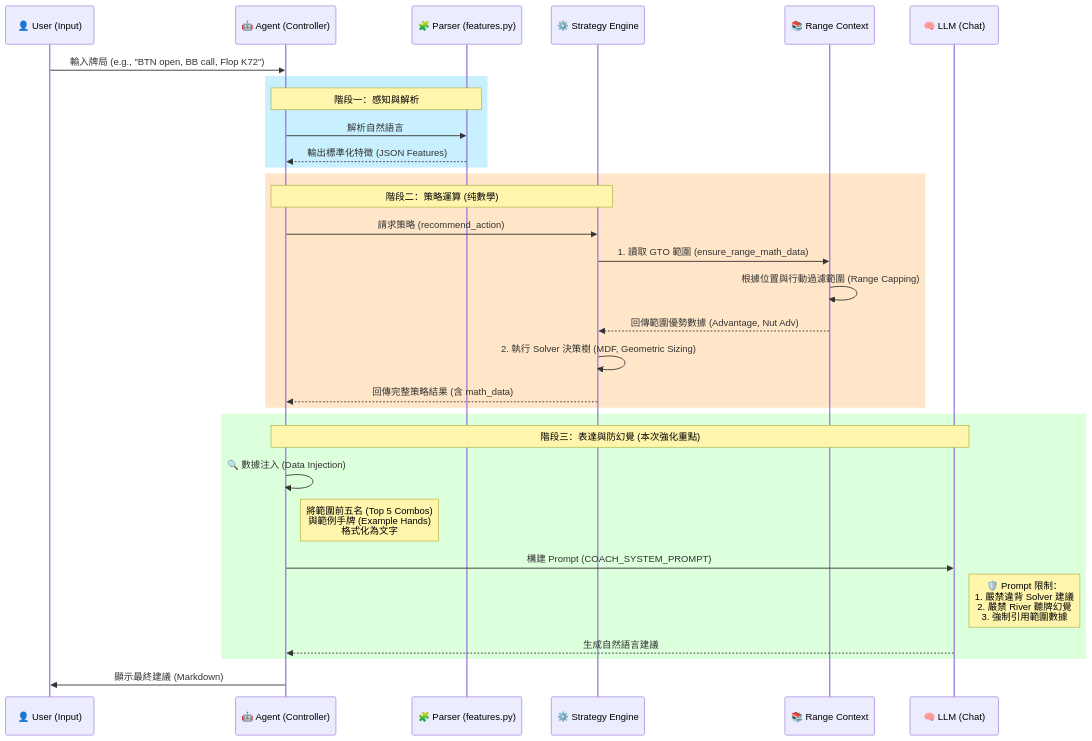
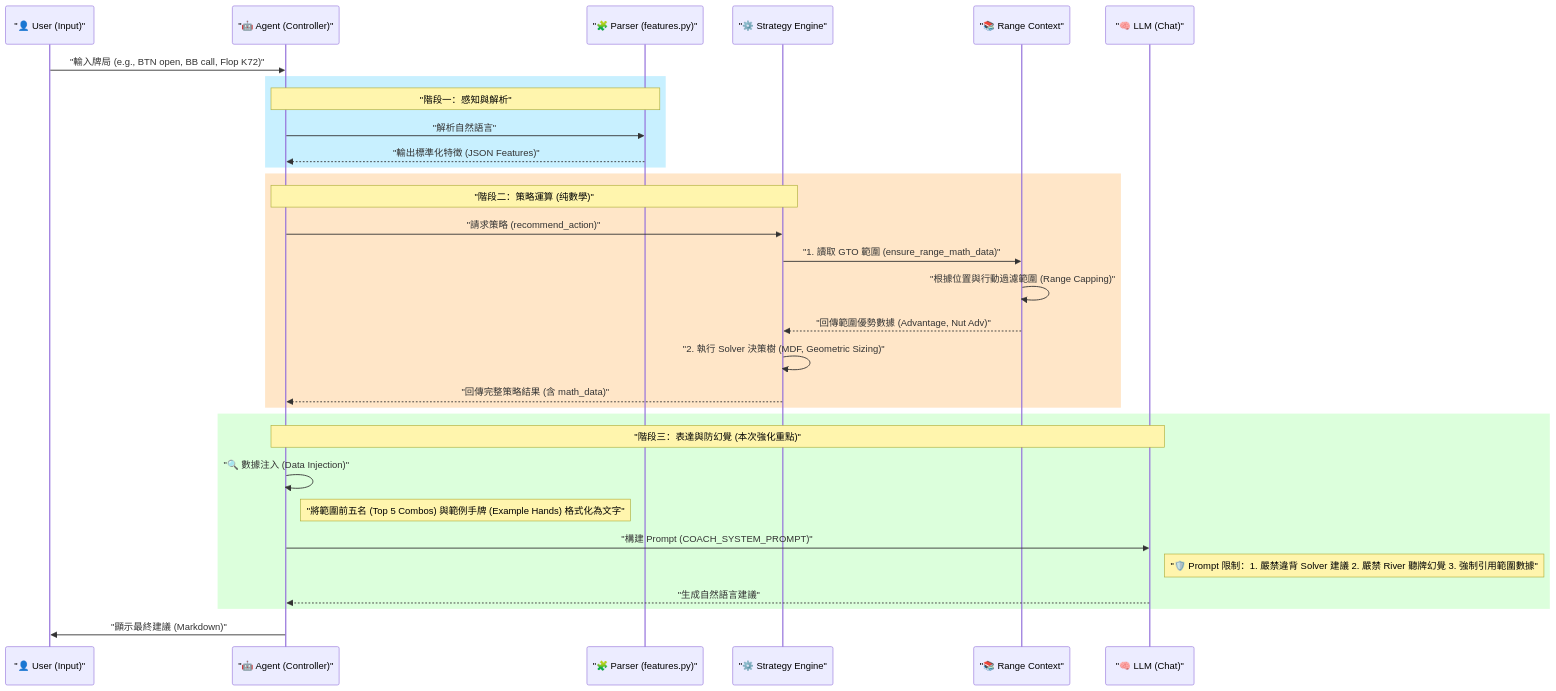
The first of 6 diagrams in project_workflow.md (darkloudddd/my-poker-coach), drawn with Mermaid before and after one commit. The commit also changed other lines of this file and 1 other file, not shown here.

Commit message:
fix: mermaid syntax for github rendering

````diff
--- a/project_workflow.md
+++ b/project_workflow.md
@@ -7,42 +7,42 @@
 ```mermaid
 sequenceDiagram
-    participant User as 👤 User (Input)
-    participant Agent as 🤖 Agent (Controller)
-    participant Parser as 🧩 Parser (features.py)
-    participant Engine as ⚙️ Strategy Engine
-    participant Context as 📚 Range Context
-    participant LLM as 🧠 LLM (Chat)
+    participant User as "👤 User (Input)"
+    participant Agent as "🤖 Agent (Controller)"
+    participant Parser as "🧩 Parser (features.py)"
+    participant Engine as "⚙️ Strategy Engine"
+    participant Context as "📚 Range Context"
+    participant LLM as "🧠 LLM (Chat)"
 
-    User->>Agent: 輸入牌局 (e.g., "BTN open, BB call, Flop K72")
+    User->>Agent: "輸入牌局 (e.g., BTN open, BB call, Flop K72)"
     
     rect rgb(200, 240, 255)
-    Note over Agent, Parser: 階段一：感知與解析
-    Agent->>Parser: 解析自然語言
-    Parser-->>Agent: 輸出標準化特徵 (JSON Features)
+    Note over Agent, Parser: "階段一：感知與解析"
+    Agent->>Parser: "解析自然語言"
+    Parser-->>Agent: "輸出標準化特徵 (JSON Features)"
     end
 
     rect rgb(255, 230, 200)
-    Note over Agent, Engine: 階段二：策略運算 (纯數學)
-    Agent->>Engine: 請求策略 (recommend_action)
+    Note over Agent, Engine: "階段二：策略運算 (纯數學)"
+    Agent->>Engine: "請求策略 (recommend_action)"
     
-    Engine->>Context: 1. 讀取 GTO 範圍 (ensure_range_math_data)
-    Context->>Context: 根據位置與行動過濾範圍 (Range Capping)
-    Context-->>Engine: 回傳範圍優勢數據 (Advantage, Nut Adv)
+    Engine->>Context: "1. 讀取 GTO 範圍 (ensure_range_math_data)"
+    Context->>Context: "根據位置與行動過濾範圍 (Range Capping)"
+    Context-->>Engine: "回傳範圍優勢數據 (Advantage, Nut Adv)"
     
-    Engine->>Engine: 2. 執行 Solver 決策樹 (MDF, Geometric Sizing)
-    Engine-->>Agent: 回傳完整策略結果 (含 math_data)
+    Engine->>Engine: "2. 執行 Solver 決策樹 (MDF, Geometric Sizing)"
+    Engine-->>Agent: "回傳完整策略結果 (含 math_data)"
     end
 
     rect rgb(220, 255, 220)
-    Note over Agent, LLM: 階段三：表達與防幻覺 (本次強化重點)
-    Agent->>Agent: 🔍 數據注入 (Data Injection)
-    Note right of Agent: 將範圍前五名 (Top 5 Combos)<br/>與範例手牌 (Example Hands)<br/>格式化為文字
+    Note over Agent, LLM: "階段三：表達與防幻覺 (本次強化重點)"
+    Agent->>Agent: "🔍 數據注入 (Data Injection)"
+    Note right of Agent: "將範圍前五名 (Top 5 Combos) 與範例手牌 (Example Hands) 格式化為文字"
     
-    Agent->>LLM: 構建 Prompt (COACH_SYSTEM_PROMPT)
-    Note right of LLM: 🛡️ Prompt 限制：<br/>1. 嚴禁違背 Solver 建議<br/>2. 嚴禁 River 聽牌幻覺<br/>3. 強制引用範圍數據
+    Agent->>LLM: "構建 Prompt (COACH_SYSTEM_PROMPT)"
+    Note right of LLM: "🛡️ Prompt 限制：1. 嚴禁違背 Solver 建議 2. 嚴禁 River 聽牌幻覺 3. 強制引用範圍數據"
     
-    LLM-->>Agent: 生成自然語言建議
+    LLM-->>Agent: "生成自然語言建議"
     end
 
-    Agent->>User: 顯示最終建議 (Markdown)
+    Agent->>User: "顯示最終建議 (Markdown)"
 ```
````
